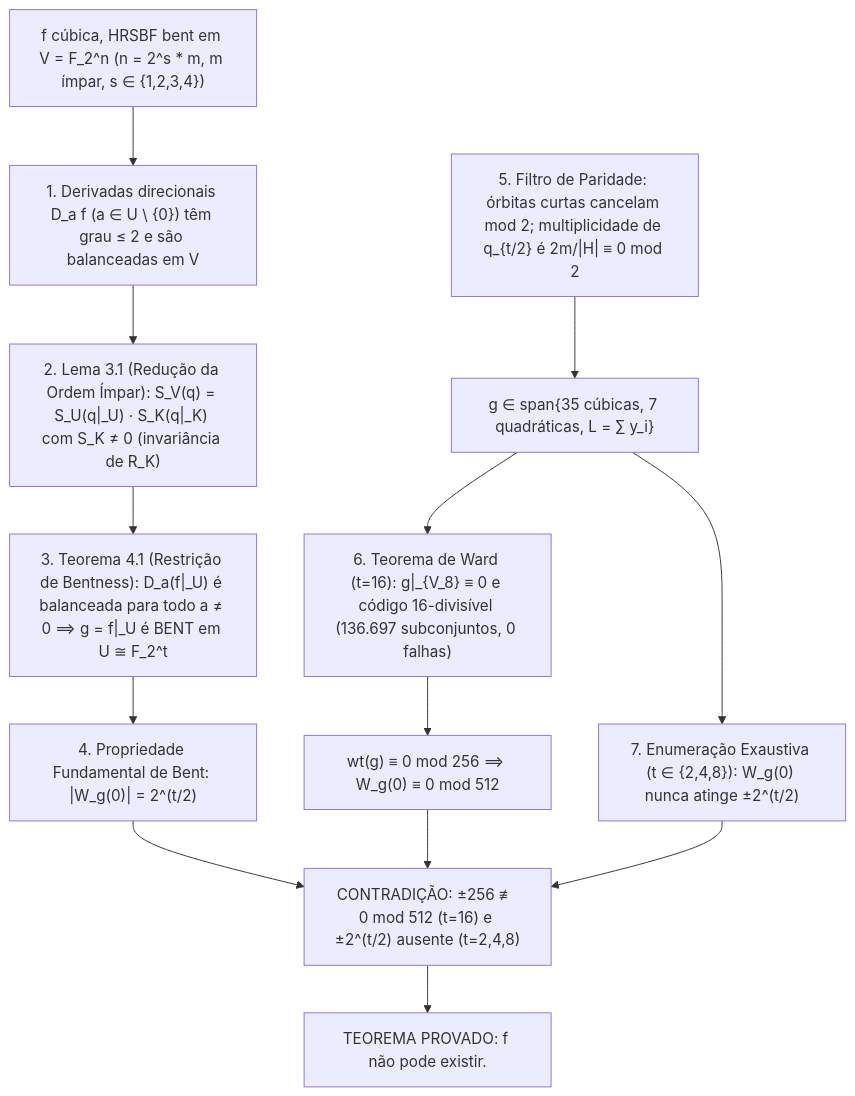
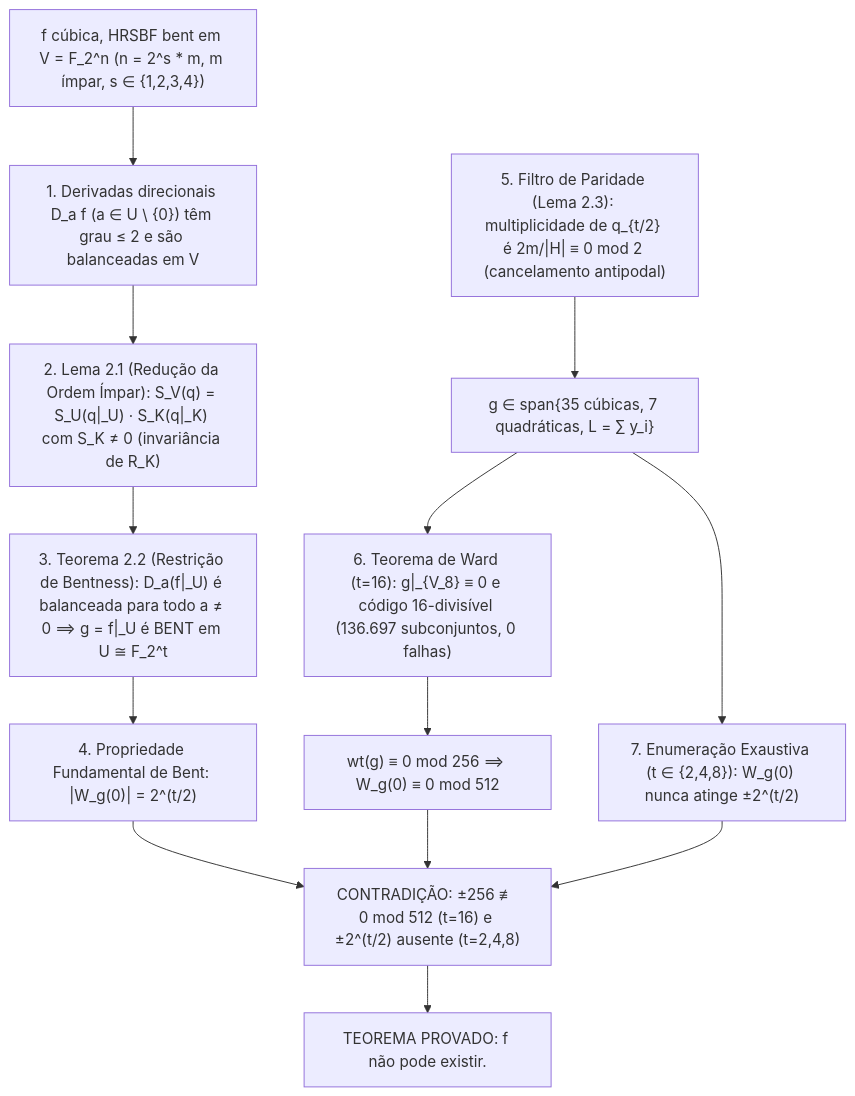
Before and after one commit to contatofilipevono-rgb/hrsbf-bent-verification: the diagram in dossie_completo_auditoria_hrsbf.md, drawn with Mermaid. The commit also changed other lines of this file and 2 other files, not shown here.

````diff
--- a/dossie_completo_auditoria_hrsbf.md
+++ b/dossie_completo_auditoria_hrsbf.md
@@ -31,15 +36,15 @@
 ```mermaid
 graph TD
     A["f cúbica, HRSBF bent em V = F_2^n (n = 2^s * m, m ímpar, s ∈ {1,2,3,4})"] --> B["1. Derivadas direcionais D_a f (a ∈ U \ {0}) têm grau ≤ 2 e são balanceadas em V"]
-    B --> C["2. Lema 3.1 (Redução da Ordem Ímpar): S_V(q) = S_U(q|_U) · S_K(q|_K) com S_K ≠ 0 (invariância de R_K)"]
-    C --> D["3. Teorema 4.1 (Restrição de Bentness): D_a(f|_U) é balanceada para todo a ≠ 0 ⟹ g = f|_U é BENT em U ≅ F_2^t"]
+    B --> C["2. Lema 2.1 (Redução da Ordem Ímpar): S_V(q) = S_U(q|_U) · S_K(q|_K) com S_K ≠ 0 (invariância de R_K)"]
+    C --> D["3. Teorema 2.2 (Restrição de Bentness): D_a(f|_U) é balanceada para todo a ≠ 0 ⟹ g = f|_U é BENT em U ≅ F_2^t"]
     D --> E["4. Propriedade Fundamental de Bent: |W_g(0)| = 2^(t/2)"]
-    F["5. Filtro de Paridade: órbitas curtas cancelam mod 2; multiplicidade de q_{t/2} é 2m/|H| ≡ 0 mod 2"] --> G["g ∈ span{35 cúbicas, 7 quadráticas, L = ∑ y_i}"]
+    F["5. Filtro de Paridade (Lema 2.3): multiplicidade de q_{t/2} é 2m/|H| ≡ 0 mod 2 (cancelamento antipodal)"] --> G["g ∈ span{35 cúbicas, 7 quadráticas, L = ∑ y_i}"]
     G --> H["6. Teorema de Ward (t=16): g|_{V_8} ≡ 0 e código 16-divisível (136.697 subconjuntos, 0 falhas)"]
     H --> I["wt(g) ≡ 0 mod 256 ⟹ W_g(0) ≡ 0 mod 512"]
     G --> J["7. Enumeração Exaustiva (t ∈ {2,4,8}): W_g(0) nunca atinge ±2^(t/2)"]
     E --> K["CONTRADIÇÃO: ±256 ≢ 0 mod 512 (t=16) e ±2^(t/2) ausente (t=2,4,8)"]
     I --> K
     J --> K
     K --> L["TEOREMA PROVADO: f não pode existir."]
 ```
````
